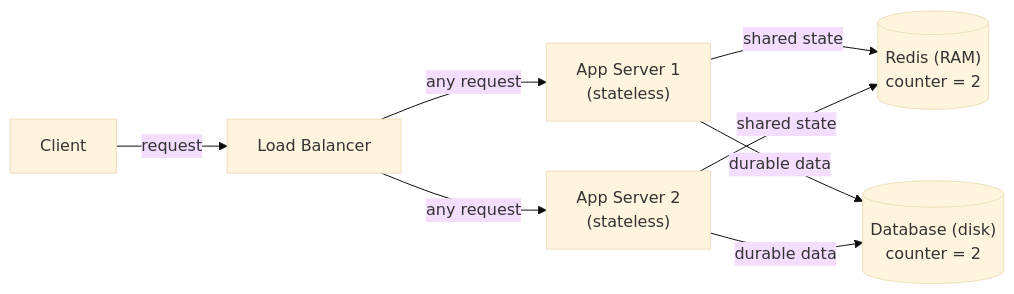
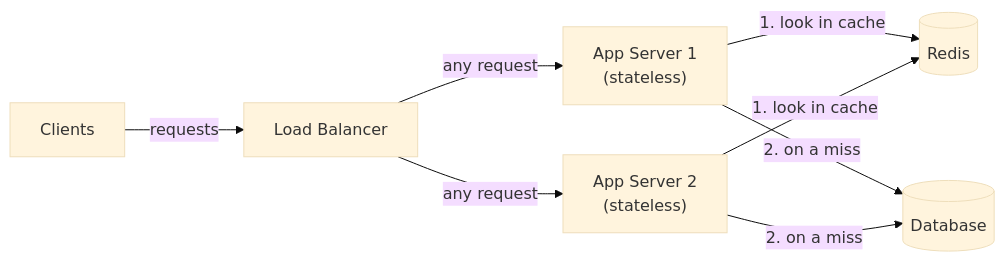
Before and after one commit to aaryan-pradhan/core-cs-fundamentals: the diagram in hld/04-performance-throughput-load-balancing.md, drawn with Mermaid (base theme). The commit also changed other lines of this file, not shown here.

````diff
--- a/hld/04-performance-throughput-load-balancing.md
+++ b/hld/04-performance-throughput-load-balancing.md
@@ -127,10 +30,10 @@
 ```mermaid
 flowchart LR
-    C["Client"] -->|"request"| LB["Load Balancer"]
-    LB -->|"any request"| A1["App Server 1<br/>(stateless)"]
-    LB -->|"any request"| A2["App Server 2<br/>(stateless)"]
-    A1 -->|"shared state"| R[("Redis (RAM)<br/>counter = 2")]
-    A2 -->|"shared state"| R
-    A1 -->|"durable data"| D[("Database (disk)<br/>counter = 2")]
-    A2 -->|"durable data"| D
+    C["Clients"] -->|"requests"| LB["Load Balancer"]
+    LB -->|"any request"| S1["App Server 1<br/>(stateless)"]
+    LB -->|"any request"| S2["App Server 2<br/>(stateless)"]
+    S1 -->|"1. look in cache"| R[("Redis")]
+    S2 -->|"1. look in cache"| R
+    S1 -->|"2. on a miss"| D[("Database")]
+    S2 -->|"2. on a miss"| D
 ```
````
